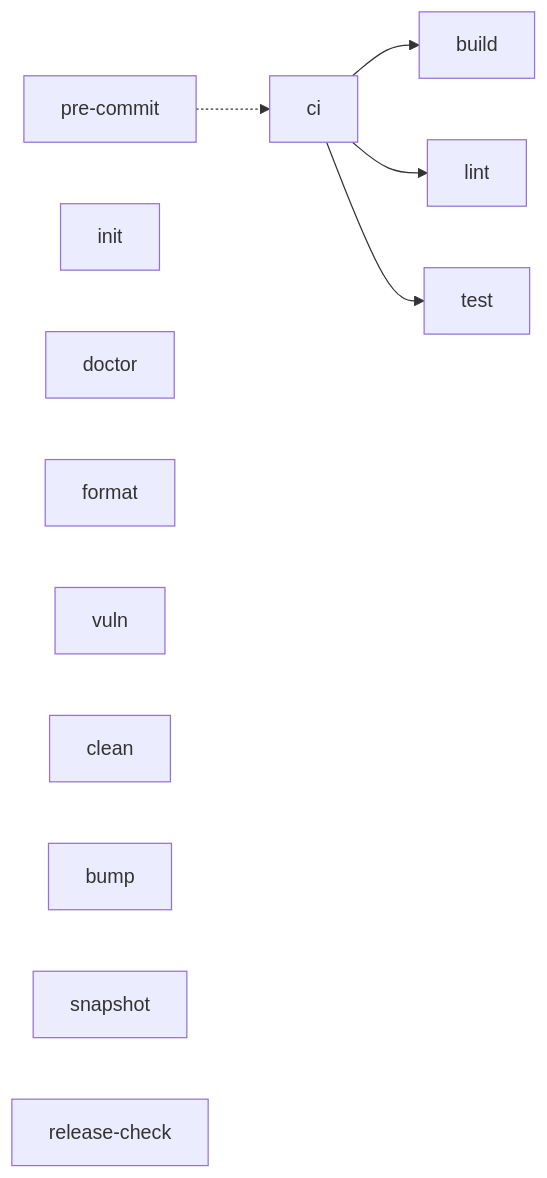
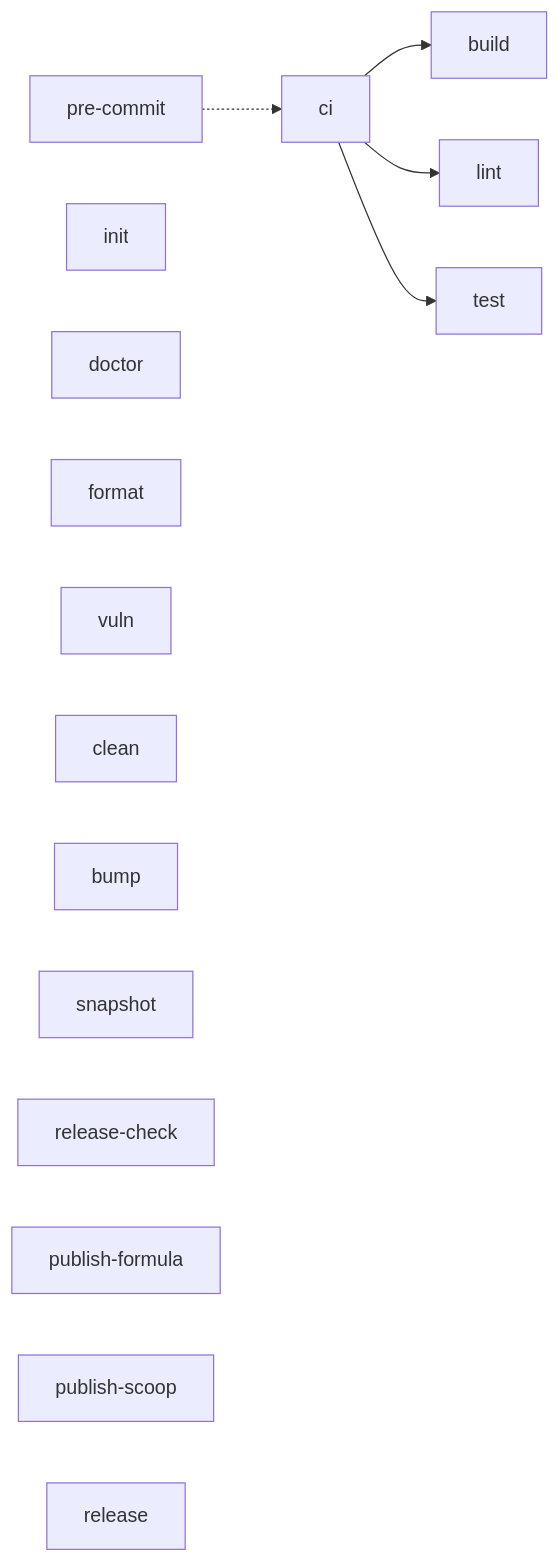
Before and after one commit to lolay/ghx: the diagram in Makefile.md, drawn with Mermaid. The commit also changed other lines of this file and 1 other file, not shown here.

First line of the commit message:
m1.s4 Add Danger targets for the publish steps

````diff
--- a/Makefile.md
+++ b/Makefile.md
@@ -10,16 +10,19 @@
 ```mermaid
 graph LR
     ci --> build
     ci --> lint
     ci --> test
     pre-commit -.-> ci
 
     init
     doctor
     format
     vuln
     clean
     bump
     snapshot
     release-check
+    publish-formula
+    publish-scoop
+    release
 ```
````
